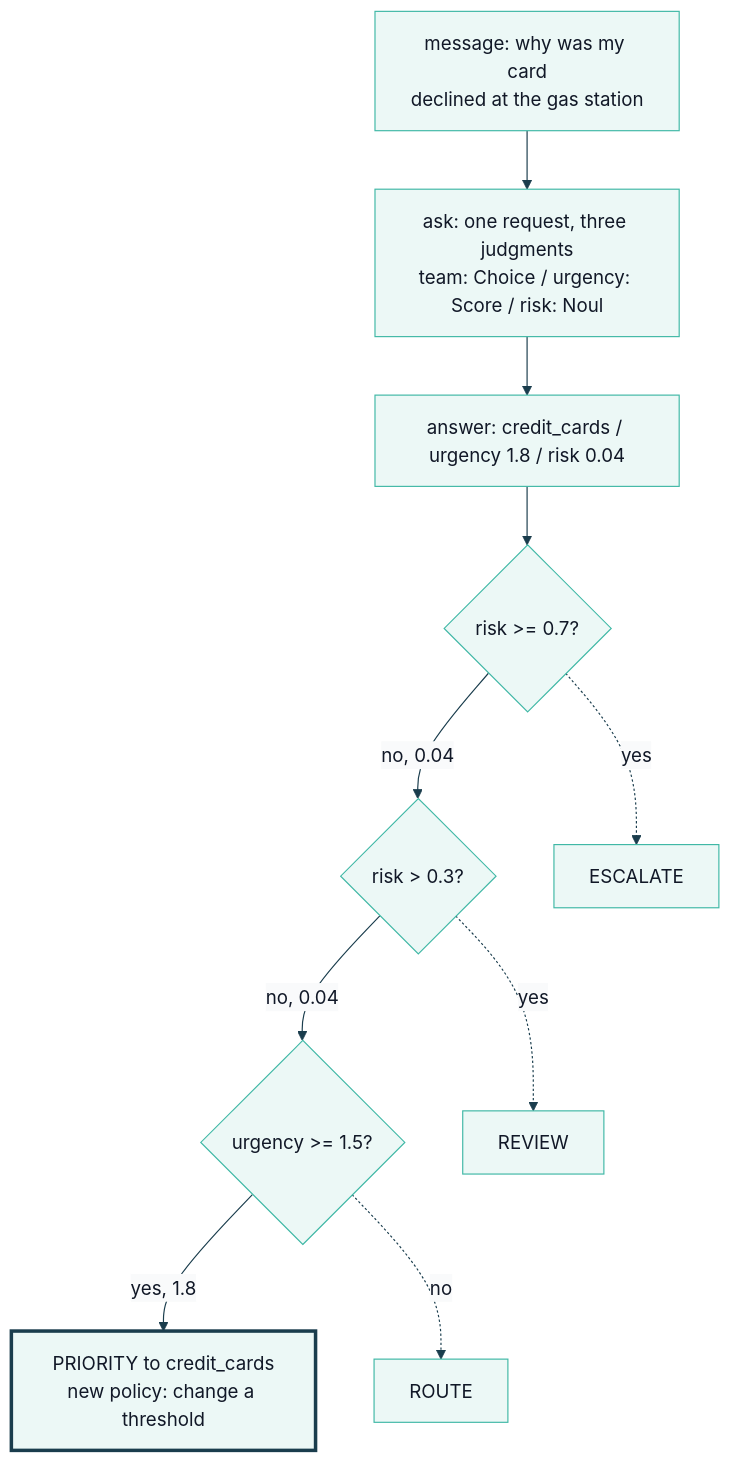
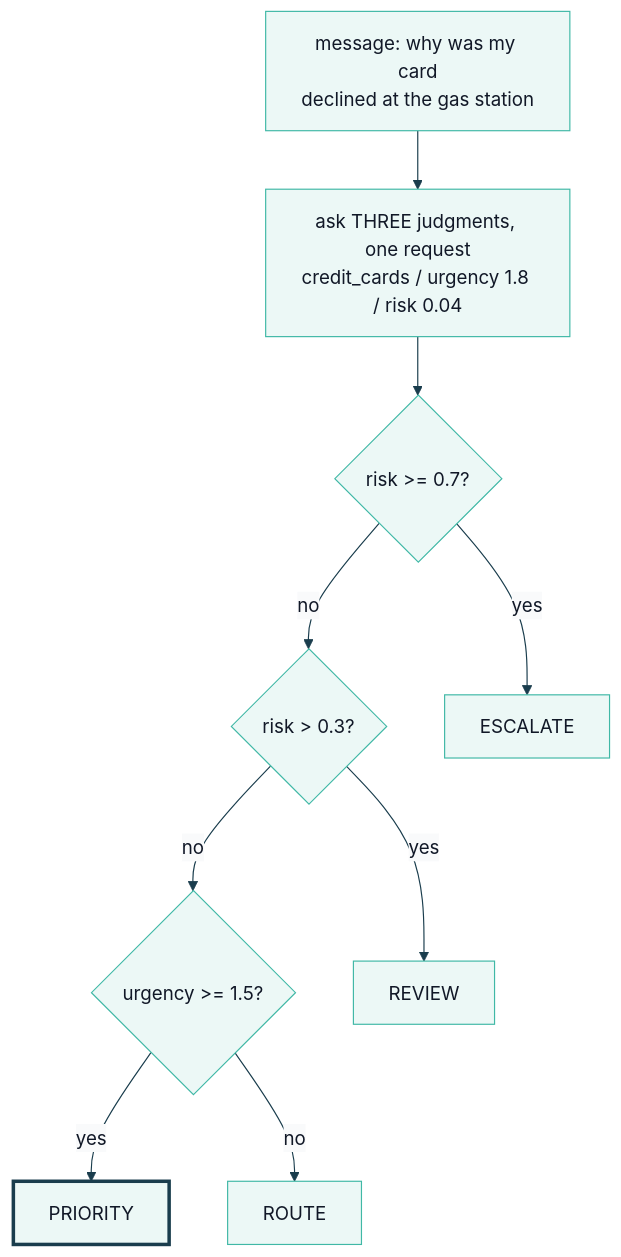
One commit to axel-sirota/getting_started_jev changed the diagram in course/diagrams/module_01/p2-solution-judgments-rules.mmd. Above: the diagram before and after it, drawn with Mermaid. The commit also changed 13 other files, not shown here.

Commit message:
Module 1: notebooks and diagrams

```diff
--- a/course/diagrams/module_01/p2-solution-judgments-rules.mmd
+++ b/course/diagrams/module_01/p2-solution-judgments-rules.mmd
@@ -1,12 +1,11 @@
 %%{init: {"theme": "base", "themeVariables": {"fontFamily": "Inter, sans-serif", "primaryColor": "#ECF8F6", "primaryBorderColor": "#40B8A6", "primaryTextColor": "#111827", "lineColor": "#1A3D4D", "secondaryColor": "#F9FAFB", "tertiaryColor": "#FFFFFF", "clusterBkg": "#F9FAFB", "clusterBorder": "#D1D5DB", "actorBkg": "#ECF8F6", "actorBorder": "#40B8A6", "noteBkgColor": "#FFF6DA", "noteBorderColor": "#E0B84C"}}}%%
 flowchart TD
-  M["message: why was my card<br/>declined at the gas station"] --> Q["ask: one request, three judgments<br/>team: Choice / urgency: Score / risk: Noul"]
-  Q --> A["answer: credit_cards / urgency 1.8 / risk 0.04"]
-  A --> R1{"risk >= 0.7?"}
-  R1 -- "no, 0.04" --> R2{"risk > 0.3?"}
-  R2 -- "no, 0.04" --> R3{"urgency >= 1.5?"}
-  R3 -- "yes, 1.8" --> P["PRIORITY to credit_cards<br/>new policy: change a threshold"]
-  R1 -. yes .-> E["ESCALATE"]
-  R2 -. yes .-> V["REVIEW"]
-  R3 -. no .-> RT["ROUTE"]
+  M["message: why was my card<br/>declined at the gas station"] --> QA["ask THREE judgments, one request<br/>credit_cards / urgency 1.8 / risk 0.04"]
+  QA --> R1{"risk >= 0.7?"}
+  R1 -- no --> R2{"risk > 0.3?"}
+  R2 -- no --> R3{"urgency >= 1.5?"}
+  R1 -- yes --> E["ESCALATE"]
+  R2 -- yes --> V["REVIEW"]
+  R3 -- yes --> P["PRIORITY"]
+  R3 -- no --> RT["ROUTE"]
   style P stroke:#1A3D4D,stroke-width:3px
```
